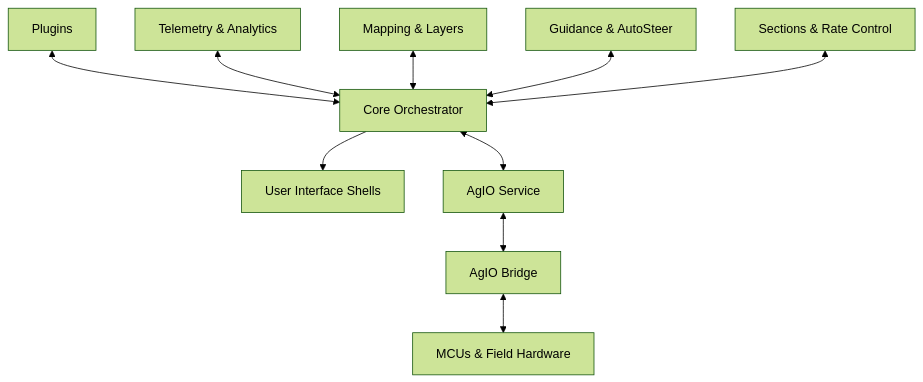
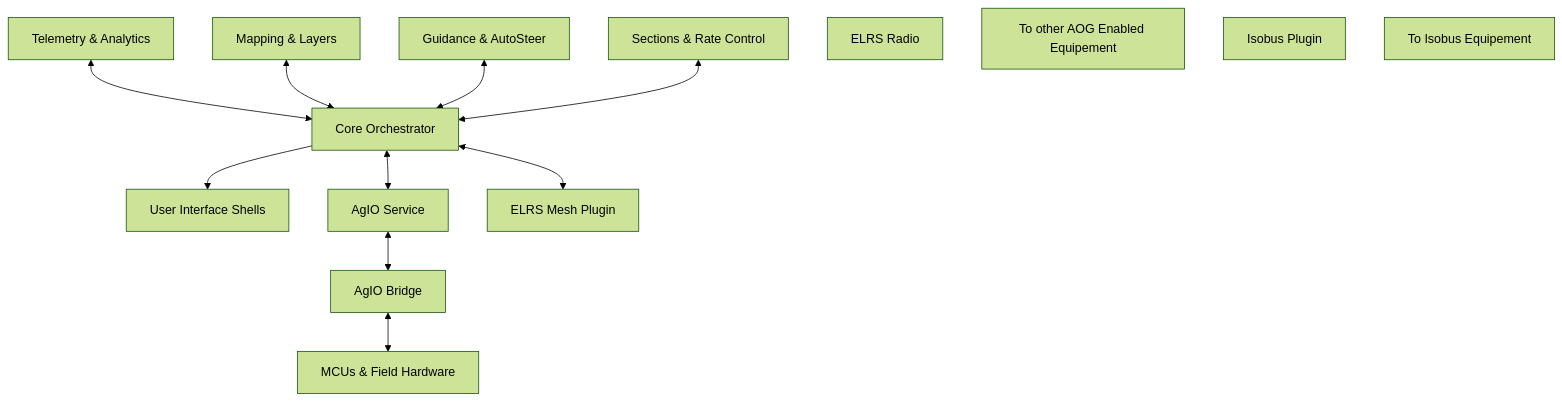
The diagram in README.md (FortneyMFG/AgOpenGPS-Nexus), drawn with Mermaid (forest theme) before and after one commit. The commit also changed other lines of this file, not shown here.

````diff
--- a/README.md
+++ b/README.md
@@ -15,23 +15,29 @@
 ```mermaid
 flowchart TD
     Core[Core Orchestrator]
     UI[User Interface Shells]
     Telemetry[Telemetry & Analytics]
     Mapping[Mapping & Layers]
     Guidance[Guidance & AutoSteer]
     Sections[Sections & Rate Control]
     Bridge[AgIO Bridge]
     AgIO[AgIO Service]
     MCUs[MCUs & Field Hardware]
+    ELRS[ELRS Mesh Plugin]
+    ELRSR[ELRS Radio]
+    EAOG[To other AOG Enabled Equipement]
+    ISOBUSP[Isobus Plugin]
+    ISOBUS[To Isobus Equipement]
+    
 
     Core --> UI
-    Plugins <--> Core
     Telemetry <--> Core
     Mapping <--> Core
     Guidance <--> Core
     Sections <--> Core
     Core <--> AgIO
     AgIO <--> Bridge
     Bridge <--> MCUs
+    Core <--> ELRS
     
 ```
````
